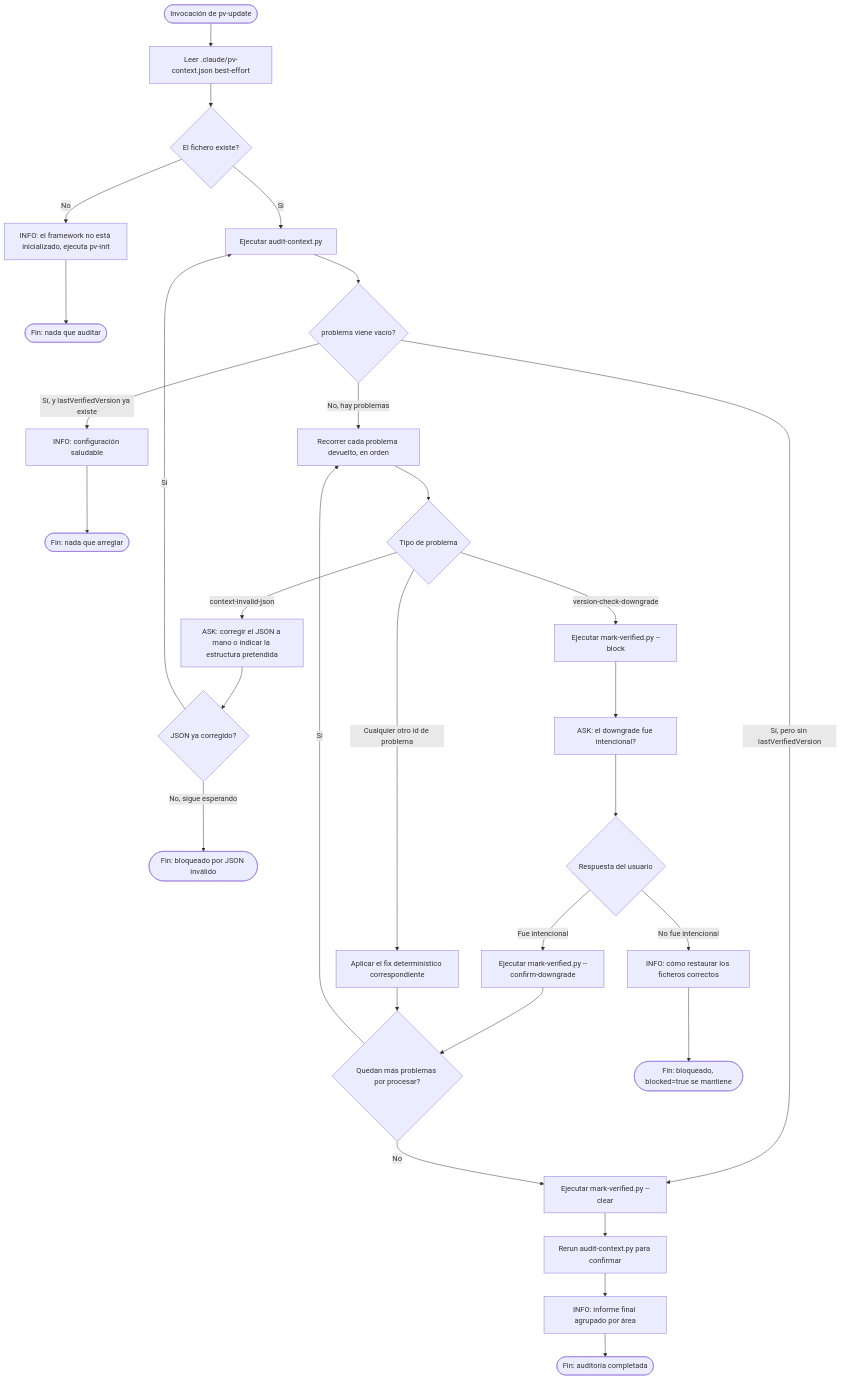
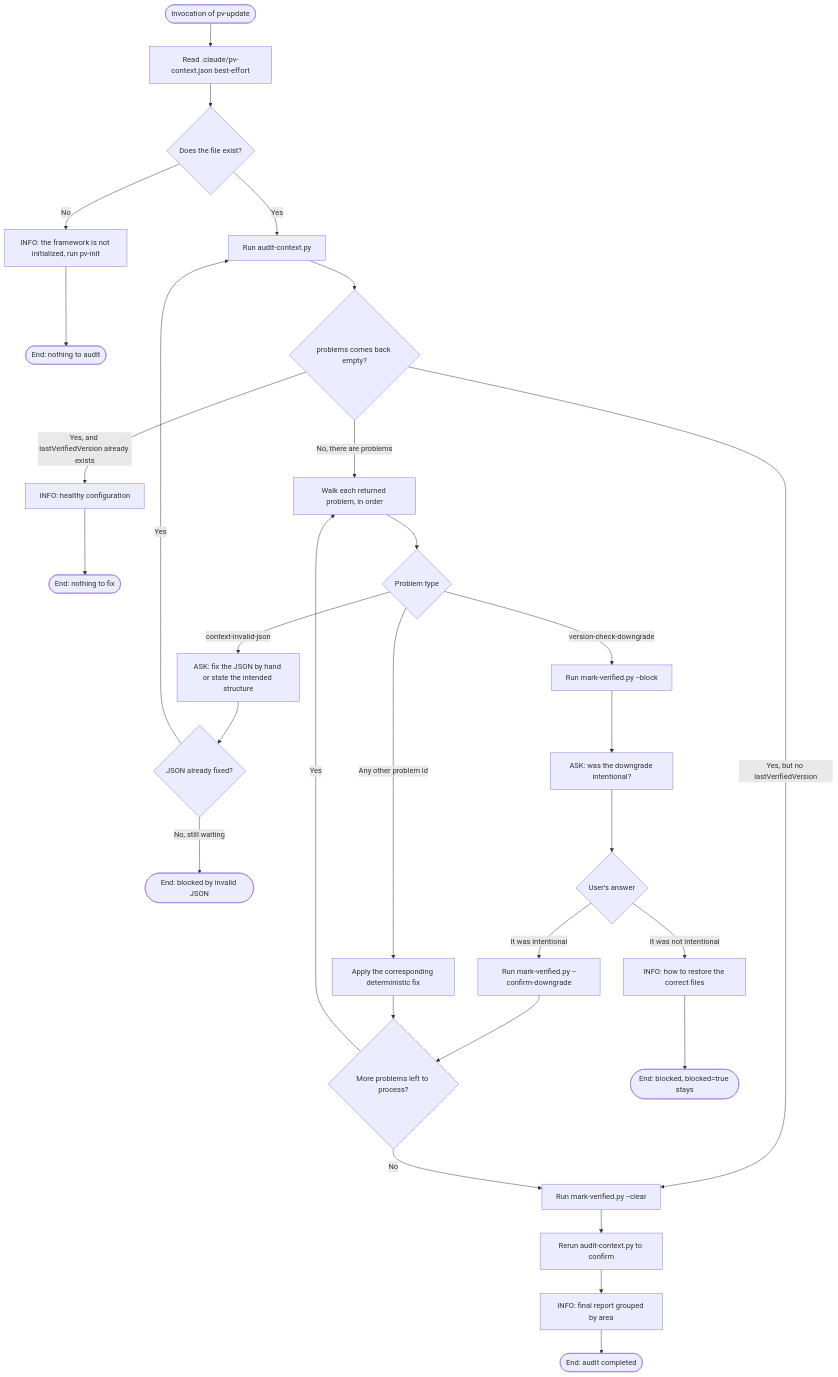
One commit to yeyopepe/bgfactory changed the diagram in .claude/skills/pv-update/workflow.audit.md. Above: the diagram before and after it, drawn with Mermaid. The commit also changed other lines of this file and 46 other files, not shown here.

````diff
--- a/.claude/skills/pv-update/workflow.audit.md
+++ b/.claude/skills/pv-update/workflow.audit.md
@@ -1,39 +1,39 @@
 ```mermaid
 flowchart TD
-    Start([Invocación de pv-update])
+    Start([Invocation of pv-update])
 
-    Start --> S1Read[Leer .claude/pv-context.json best-effort]
-    S1Read --> S1Exists{El fichero existe?}
-    S1Exists -->|No| S1Info[INFO: el framework no está inicializado, ejecuta pv-init]
-    S1Info --> End1([Fin: nada que auditar])
-    S1Exists -->|Sí| S2Run
+    Start --> S1Read[Read .claude/pv-context.json best-effort]
+    S1Read --> S1Exists{Does the file exist?}
+    S1Exists -->|No| S1Info[INFO: the framework is not initialized, run pv-init]
+    S1Info --> End1([End: nothing to audit])
+    S1Exists -->|Yes| S2Run
 
-    S2Run[Ejecutar audit-context.py] --> S2Empty{problems viene vacío?}
-    S2Empty -->|Sí, y lastVerifiedVersion ya existe| S2Healthy[INFO: configuración saludable]
-    S2Healthy --> End2([Fin: nada que arreglar])
-    S2Empty -->|Sí, pero sin lastVerifiedVersion| S35Run
-    S2Empty -->|No, hay problemas| S3Loop
+    S2Run[Run audit-context.py] --> S2Empty{problems comes back empty?}
+    S2Empty -->|Yes, and lastVerifiedVersion already exists| S2Healthy[INFO: healthy configuration]
+    S2Healthy --> End2([End: nothing to fix])
+    S2Empty -->|Yes, but no lastVerifiedVersion| S35Run
+    S2Empty -->|No, there are problems| S3Loop
 
-    S3Loop[Recorrer cada problema devuelto, en orden] --> S3Kind{Tipo de problema}
-    S3Kind -->|context-invalid-json| S3Invalid[ASK: corregir el JSON a mano o indicar la estructura pretendida]
-    S3Invalid --> S3InvalidDec{JSON ya corregido?}
-    S3InvalidDec -->|Sí| S2Run
-    S3InvalidDec -->|No, sigue esperando| End3Blocked([Fin: bloqueado por JSON inválido])
+    S3Loop[Walk each returned problem, in order] --> S3Kind{Problem type}
+    S3Kind -->|context-invalid-json| S3Invalid[ASK: fix the JSON by hand or state the intended structure]
+    S3Invalid --> S3InvalidDec{JSON already fixed?}
+    S3InvalidDec -->|Yes| S2Run
+    S3InvalidDec -->|No, still waiting| End3Blocked([End: blocked by invalid JSON])
 
-    S3Kind -->|version-check-downgrade| S3Downgrade[Ejecutar mark-verified.py --block]
-    S3Downgrade --> S3DowngradeAsk[ASK: el downgrade fue intencional?]
-    S3DowngradeAsk --> S3DowngradeDec{Respuesta del usuario}
-    S3DowngradeDec -->|Fue intencional| S3DowngradeConfirm[Ejecutar mark-verified.py --confirm-downgrade]
+    S3Kind -->|version-check-downgrade| S3Downgrade[Run mark-verified.py --block]
+    S3Downgrade --> S3DowngradeAsk[ASK: was the downgrade intentional?]
+    S3DowngradeAsk --> S3DowngradeDec{User's answer}
+    S3DowngradeDec -->|It was intentional| S3DowngradeConfirm[Run mark-verified.py --confirm-downgrade]
     S3DowngradeConfirm --> S3Next
-    S3DowngradeDec -->|No fue intencional| S3DowngradeGuide[INFO: cómo restaurar los ficheros correctos]
-    S3DowngradeGuide --> End3Blocked2([Fin: bloqueado, blocked=true se mantiene])
+    S3DowngradeDec -->|It was not intentional| S3DowngradeGuide[INFO: how to restore the correct files]
+    S3DowngradeGuide --> End3Blocked2([End: blocked, blocked=true stays])
 
-    S3Kind -->|Cualquier otro id de problema| S3Fix[Aplicar el fix determinístico correspondiente]
-    S3Fix --> S3Next{Quedan más problemas por procesar?}
-    S3Next -->|Sí| S3Loop
+    S3Kind -->|Any other problem id| S3Fix[Apply the corresponding deterministic fix]
+    S3Fix --> S3Next{More problems left to process?}
+    S3Next -->|Yes| S3Loop
     S3Next -->|No| S35Run
 
-    S35Run[Ejecutar mark-verified.py --clear] --> S4Rerun[Rerun audit-context.py para confirmar]
-    S4Rerun --> S4Report[INFO: informe final agrupado por área]
-    S4Report --> EndOK([Fin: auditoría completada])
+    S35Run[Run mark-verified.py --clear] --> S4Rerun[Rerun audit-context.py to confirm]
+    S4Rerun --> S4Report[INFO: final report grouped by area]
+    S4Report --> EndOK([End: audit completed])
 ```
````
